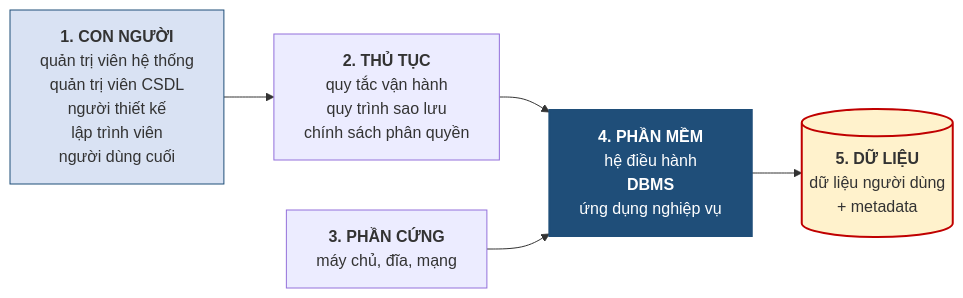
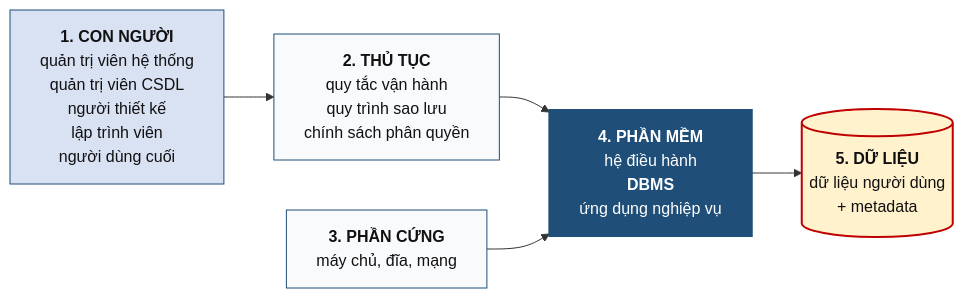
Before and after one commit to CuongNguyenDAU/csdl-dbs201: the diagram in docs/chuong-1/1-6-ngon-ngu-giao-dich-va-cau-truc-cua-mot-he-quan-tri-co-so-du-lieu.md, drawn with Mermaid. The commit also changed other lines of this file and 123 other files, not shown here.

Commit message:
Cập nhật bài giảng v7: sơ đồ ER ký pháp Chen, hình minh họa tự vẽ, mở rộng toàn diện Chương 5 và bổ sung lời giải A4, B5

````diff
--- a/docs/chuong-1/1-6-ngon-ngu-giao-dich-va-cau-truc-cua-mot-he-quan-tri-co-so-du-lieu.md
+++ b/docs/chuong-1/1-6-ngon-ngu-giao-dich-va-cau-truc-cua-mot-he-quan-tri-co-so-du-lieu.md
@@ -96,10 +96,12 @@
 ```mermaid
 flowchart LR
     PEOPLE["<b>1. CON NGƯỜI</b><br/>quản trị viên hệ thống<br/>quản trị viên CSDL<br/>người thiết kế<br/>lập trình viên<br/>người dùng cuối"] --> PROC
     PROC["<b>2. THỦ TỤC</b><br/>quy tắc vận hành<br/>quy trình sao lưu<br/>chính sách phân quyền"] --> SW
     HW["<b>3. PHẦN CỨNG</b><br/>máy chủ, đĩa, mạng"] --> SW
     SW["<b>4. PHẦN MỀM</b><br/>hệ điều hành<br/><b>DBMS</b><br/>ứng dụng nghiệp vụ"] --> DATA[("<b>5. DỮ LIỆU</b><br/>dữ liệu người dùng<br/>+ metadata")]
-    style SW fill:#1F4E79,color:#fff,stroke:#1F4E79,stroke-width:2px
-    style DATA fill:#FFF2CC,stroke:#C00000,stroke-width:2px
-    style PEOPLE fill:#D9E2F3,stroke:#1F4E79
+    style SW fill:#1F4E79,color:#ffffff,stroke:#1F4E79,stroke-width:2px
+    style DATA fill:#FFF2CC,stroke:#C00000,stroke-width:2px,color:#111111
+    style PEOPLE fill:#D9E2F3,stroke:#1F4E79,color:#111111
+    style PROC fill:#F9FAFC,stroke:#1F4E79,color:#111111
+    style HW fill:#F9FAFC,stroke:#1F4E79,color:#111111
 ```
````
